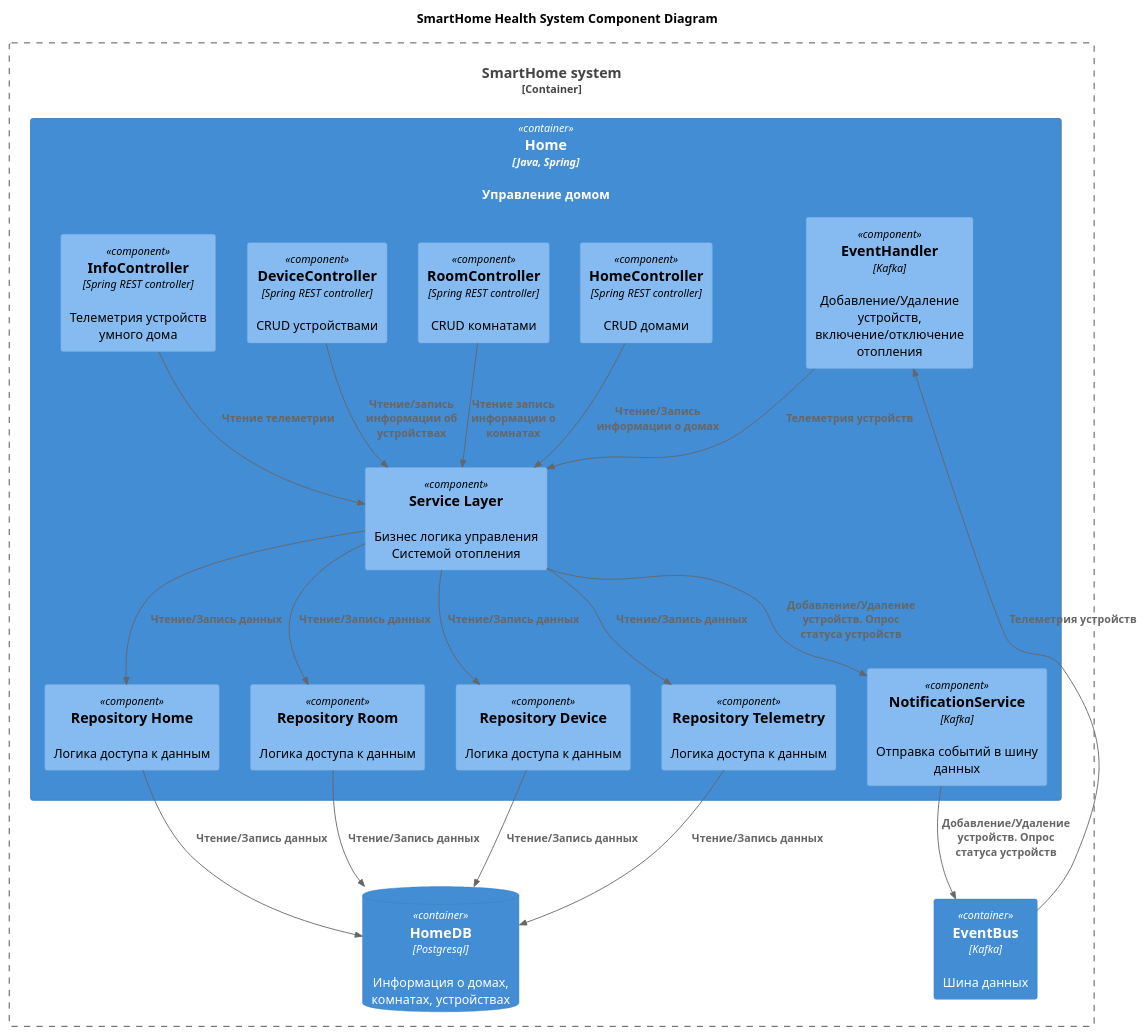
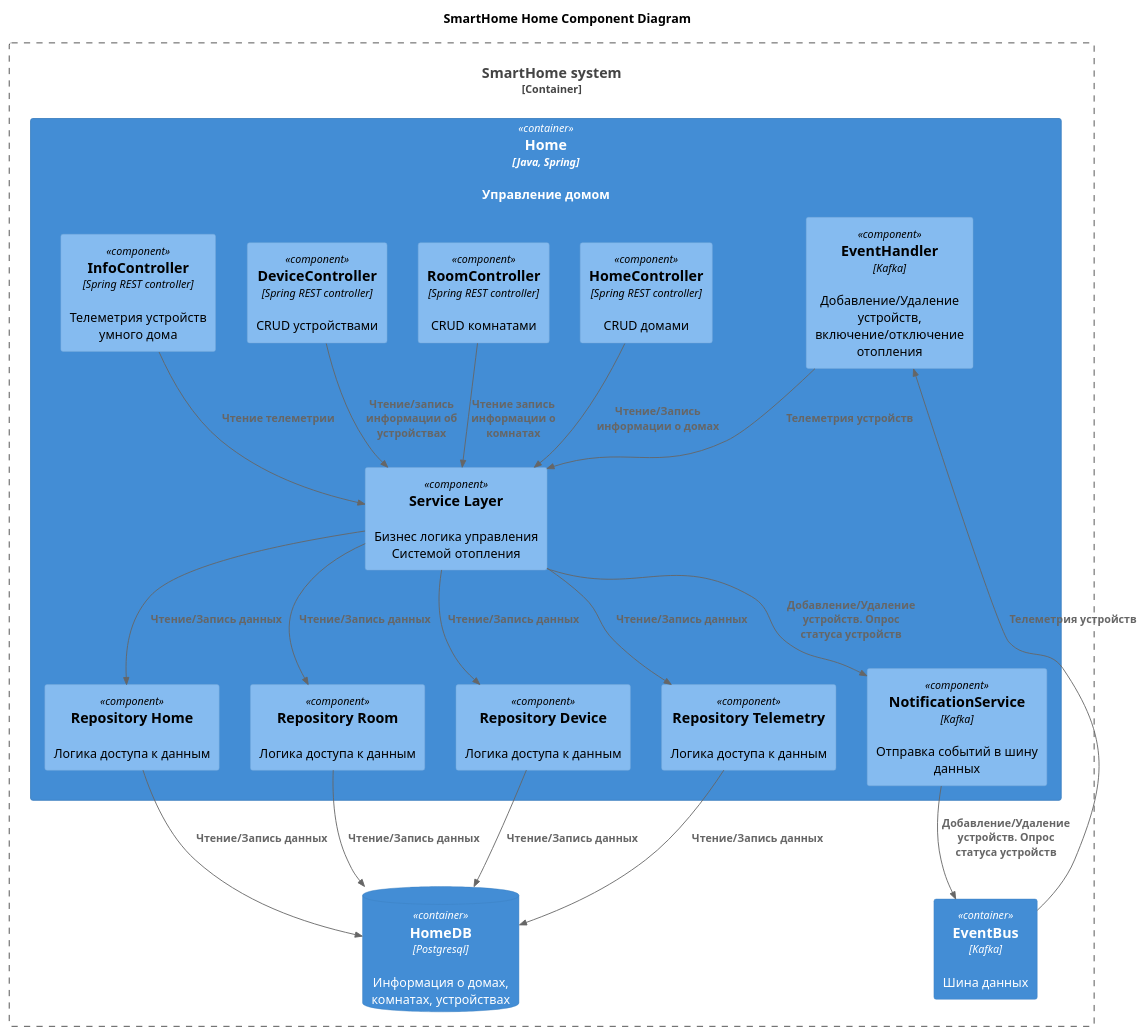
The diagram in diagrams/component/Home_component.puml (schnack/architecture-sprint-3), drawn with PlantUML before and after one commit. The commit also changed 2 other files, not shown here.

```diff
--- a/diagrams/component/Home_component.puml
+++ b/diagrams/component/Home_component.puml
@@ -1,47 +1,47 @@
 @startuml
-title SmartHome Health System Component Diagram
+title SmartHome Home Component Diagram
 
 top to bottom direction
 
 !includeurl https://raw.githubusercontent.com/RicardoNiepel/C4-PlantUML/master/C4_Component.puml
 
 Container_Boundary(SmartHome, "SmartHome system") {
   Container(Home, "Home", "Java, Spring", "Управление домом")
   ContainerDb(HomeDB, "HomeDB", "Postgresql", "Информация о домах, комнатах, устройствах")
   Container(EventBus, "EventBus", "Kafka", "Шина данных")
 }
 
 Container(Home, "Home", "Java, Spring"){
     Component(HomeController, "HomeController", "Spring REST controller", "CRUD домами")
     Component(RoomController, "RoomController", "Spring REST controller", "CRUD комнатами")
     Component(DeviceController, "DeviceController", "Spring REST controller", "CRUD устройствами")
     Component(InfoController, "InfoController", "Spring REST controller", "Телеметрия устройств умного дома")
     Component(EventHandler, "EventHandler", "Kafka", "Добавление/Удаление устройств, включение/отключение отопления")
     Component(NotificationService, "NotificationService", "Kafka", "Отправка событий в шину данных")
     Component(ServiceLayer, "Service Layer", "", "Бизнес логика управления Системой отопления")
     Component(RepositoryHome, "Repository Home", "", "Логика доступа к данным")
     Component(RepositoryRoom, "Repository Room", "", "Логика доступа к данным")
     Component(RepositoryDevice, "Repository Device", "", "Логика доступа к данным")
     Component(RepositoryTelemetry, "Repository Telemetry", "", "Логика доступа к данным")
 }
 
 Rel(HomeController, ServiceLayer, "Чтение/Запись информации о домах")
 Rel(RoomController, ServiceLayer, "Чтение запись информации о комнатах")
 Rel(DeviceController, ServiceLayer, "Чтение/запись информации об устройствах")
 Rel(InfoController, ServiceLayer, "Чтение телеметрии")
 
 Rel(EventBus, EventHandler, "Телеметрия устройств")
 Rel(NotificationService, EventBus, "Добавление/Удаление устройств. Опрос статуса устройств")
 Rel(EventHandler, ServiceLayer, "Телеметрия устройств")
 Rel(ServiceLayer, NotificationService, "Добавление/Удаление устройств. Опрос статуса устройств")
 
 Rel(ServiceLayer, RepositoryHome, "Чтение/Запись данных")
 Rel(ServiceLayer, RepositoryRoom, "Чтение/Запись данных")
 Rel(ServiceLayer, RepositoryDevice, "Чтение/Запись данных")
 Rel(ServiceLayer, RepositoryTelemetry, "Чтение/Запись данных")
 
 Rel(RepositoryHome, HomeDB, "Чтение/Запись данных")
 Rel(RepositoryRoom, HomeDB, "Чтение/Запись данных")
 Rel(RepositoryDevice, HomeDB, "Чтение/Запись данных")
 Rel(RepositoryTelemetry, HomeDB, "Чтение/Запись данных")
 @enduml
```
